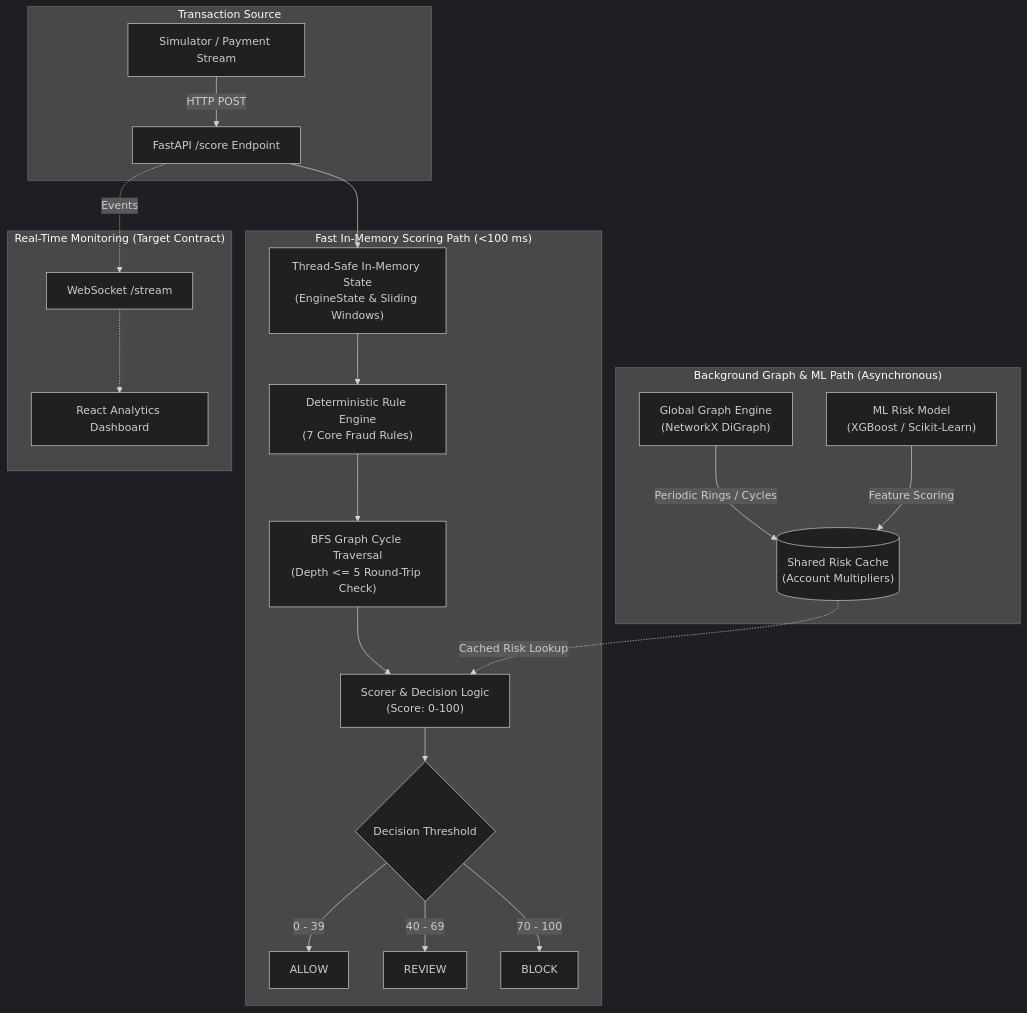
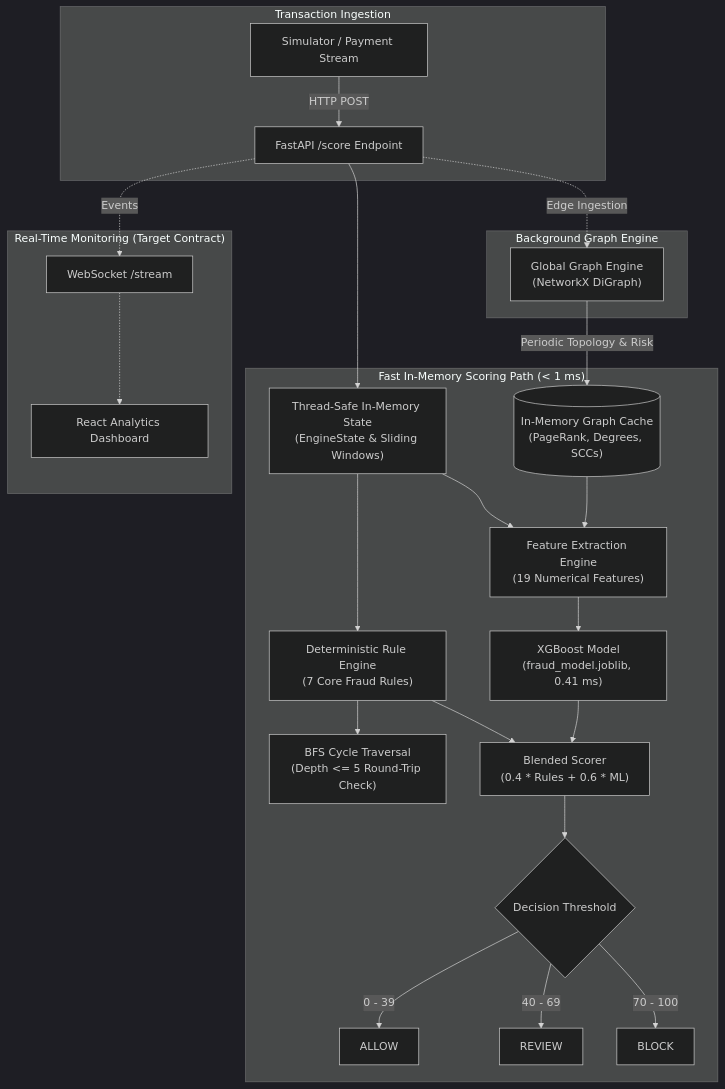
The first of 2 diagrams in README.md (shaurya07-cell/FraudShield), drawn with Mermaid (dark theme) before and after one commit. The commit also changed other lines of this file and 26 other files, not shown here.

Commit message:
Backend: rules, graph engine, ML model, scorer

````diff
--- a/README.md
+++ b/README.md
@@ -50,29 +91,35 @@
 ```mermaid
 flowchart TD
-    subgraph Ingestion["Transaction Source"]
+    subgraph Ingestion["Transaction Ingestion"]
         SIM["Simulator / Payment Stream"] -->|HTTP POST| API["FastAPI /score Endpoint"]
     end
 
-    subgraph FastPath["Fast In-Memory Scoring Path (<100 ms)"]
+    subgraph FastPath["Fast In-Memory Scoring Path (< 1 ms)"]
         API --> STATE["Thread-Safe In-Memory State\n(EngineState & Sliding Windows)"]
         STATE --> RULES["Deterministic Rule Engine\n(7 Core Fraud Rules)"]
-        RULES --> BFS["BFS Graph Cycle Traversal\n(Depth <= 5 Round-Trip Check)"]
-        BFS --> SCORER["Scorer & Decision Logic\n(Score: 0-100)"]
+        RULES --> BFS["BFS Cycle Traversal\n(Depth <= 5 Round-Trip Check)"]
+        
+        STATE --> FEAT["Feature Extraction Engine\n(19 Numerical Features)"]
+        CACHE[("In-Memory Graph Cache\n(PageRank, Degrees, SCCs)")] --> FEAT
+        
+        FEAT --> ML["XGBoost Model\n(fraud_model.joblib, 0.41 ms)"]
+        
+        RULES --> SCORER["Blended Scorer\n(0.4 * Rules + 0.6 * ML)"]
+        ML --> SCORER
+        
         SCORER --> DECISION{"Decision Threshold"}
         DECISION -->|0 - 39| ALLOW["ALLOW"]
         DECISION -->|40 - 69| REVIEW["REVIEW"]
         DECISION -->|70 - 100| BLOCK["BLOCK"]
     end
 
-    subgraph BackgroundPath["Background Graph & ML Path (Asynchronous)"]
-        CACHE[("Shared Risk Cache\n(Account Multipliers)")]
-        GRAPH["Global Graph Engine\n(NetworkX DiGraph)"] -->|Periodic Rings / Cycles| CACHE
-        ML["ML Risk Model\n(XGBoost / Scikit-Learn)"] -->|Feature Scoring| CACHE
-        CACHE -.->|Cached Risk Lookup| SCORER
+    subgraph BackgroundPath["Background Graph Engine"]
+        GRAPH["Global Graph Engine\n(NetworkX DiGraph)"] -->|Periodic Topology & Risk| CACHE
+        API -.->|Edge Ingestion| GRAPH
     end
 
     subgraph DashboardPath["Real-Time Monitoring (Target Contract)"]
         API -.->|Events| WS["WebSocket /stream"]
         WS -.-> REACT["React Analytics Dashboard"]
     end
 ```
````
